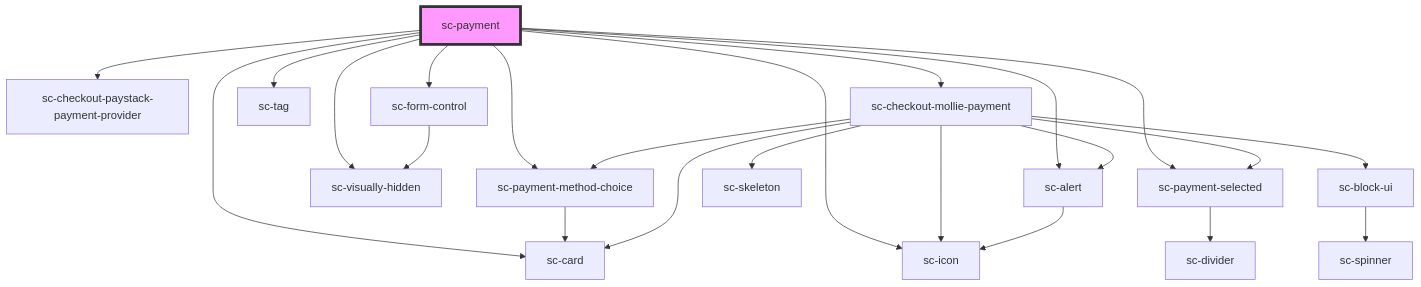
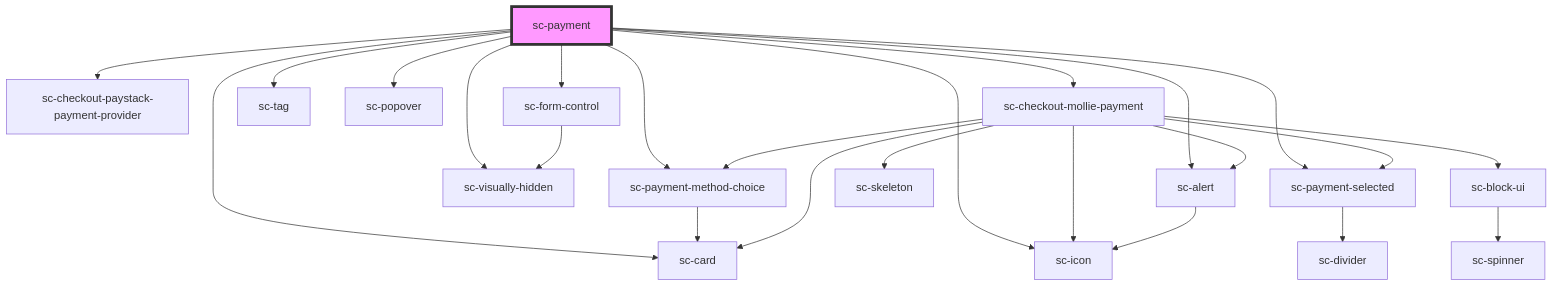
One commit to surecart/surecart-wp-plugin changed the diagram in packages/components/src/components/controllers/checkout-form/payment/readme.md. Above: the diagram before and after it, drawn with Mermaid. The commit also changed other lines of this file and 11 other files, not shown here.

Commit message:
Added new ScPopover component & Used it in the ScPayment component to display the test mode to live mode info.

````diff
--- a/packages/components/src/components/controllers/checkout-form/payment/readme.md
+++ b/packages/components/src/components/controllers/checkout-form/payment/readme.md
@@ -47,26 +48,27 @@
 ```mermaid
 graph TD;
   sc-payment --> sc-payment-method-choice
   sc-payment --> sc-icon
   sc-payment --> sc-visually-hidden
   sc-payment --> sc-card
   sc-payment --> sc-payment-selected
   sc-payment --> sc-checkout-paystack-payment-provider
   sc-payment --> sc-form-control
   sc-payment --> sc-tag
+  sc-payment --> sc-popover
   sc-payment --> sc-checkout-mollie-payment
   sc-payment --> sc-alert
   sc-payment-method-choice --> sc-card
   sc-payment-selected --> sc-divider
   sc-form-control --> sc-visually-hidden
   sc-checkout-mollie-payment --> sc-card
   sc-checkout-mollie-payment --> sc-skeleton
   sc-checkout-mollie-payment --> sc-alert
   sc-checkout-mollie-payment --> sc-payment-method-choice
   sc-checkout-mollie-payment --> sc-payment-selected
   sc-checkout-mollie-payment --> sc-block-ui
   sc-checkout-mollie-payment --> sc-icon
   sc-alert --> sc-icon
   sc-block-ui --> sc-spinner
   style sc-payment fill:#f9f,stroke:#333,stroke-width:4px
 ```
````
